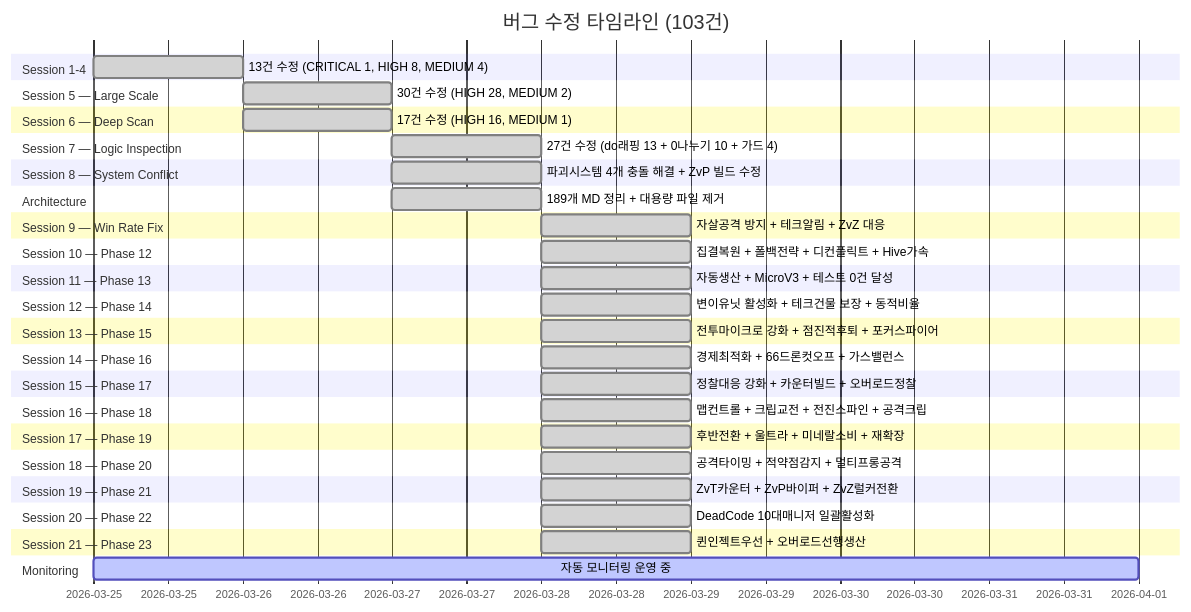
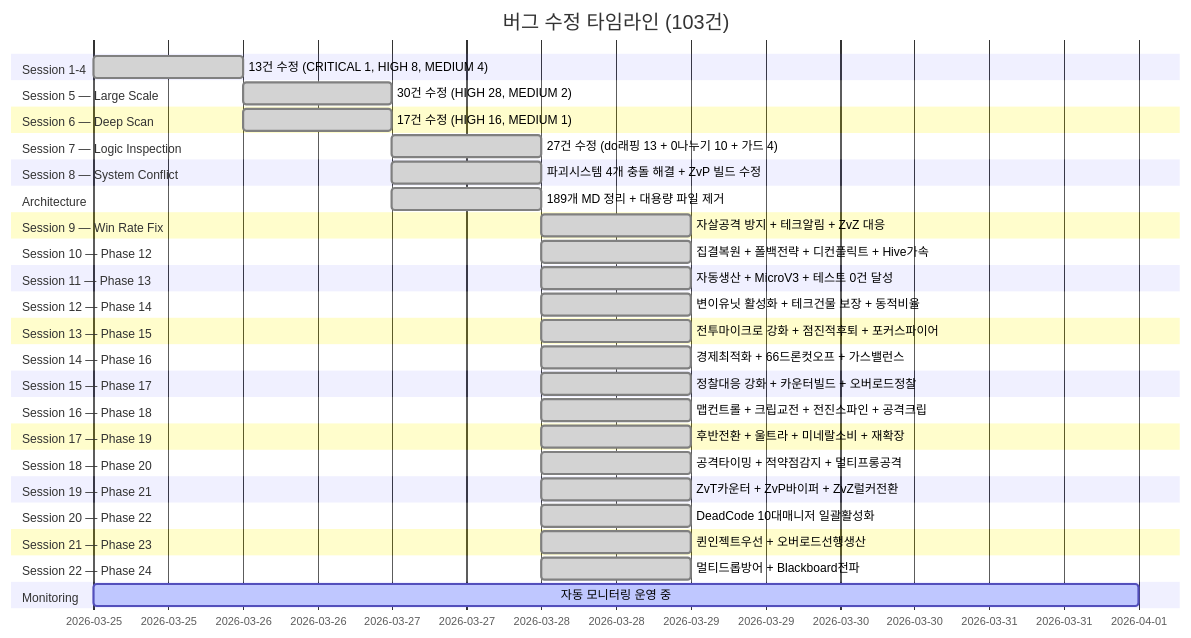
Diagram 23 of 31 in README.md (sun475300-sudo/Swarm-control-in-sc2bot), drawn with Mermaid before and after one commit. The commit also changed other lines of this file and 3 other files, not shown here.

Commit message:
feat: Phase 24 멀티드롭 방어 — 수송선감지+Blackboard전파+즉시차출대응

````diff
--- a/README.md
+++ b/README.md
@@ -633,45 +633,47 @@
 ```mermaid
 gantt
     title 버그 수정 타임라인 (103건)
     dateFormat YYYY-MM-DD
     section Session 1-4
         13건 수정 (CRITICAL 1, HIGH 8, MEDIUM 4)   :done, s1, 2026-03-25, 1d
     section Session 5 — Large Scale
         30건 수정 (HIGH 28, MEDIUM 2)              :done, s5, 2026-03-26, 1d
     section Session 6 — Deep Scan
         17건 수정 (HIGH 16, MEDIUM 1)              :done, s6, 2026-03-26, 1d
     section Session 7 — Logic Inspection
         27건 수정 (do래핑 13 + 0나누기 10 + 가드 4) :done, s7, 2026-03-27, 1d
     section Session 8 — System Conflict
         파괴시스템 4개 충돌 해결 + ZvP 빌드 수정    :done, s8, 2026-03-27, 1d
     section Architecture
         189개 MD 정리 + 대용량 파일 제거            :done, s9, 2026-03-27, 1d
     section Session 9 — Win Rate Fix
         자살공격 방지 + 테크알림 + ZvZ 대응         :done, s10, 2026-03-28, 1d
     section Session 10 — Phase 12
         집결복원 + 폴백전략 + 디컨플릭트 + Hive가속 :done, s11, 2026-03-28, 1d
     section Session 11 — Phase 13
         자동생산 + MicroV3 + 테스트 0건 달성       :done, s12, 2026-03-28, 1d
     section Session 12 — Phase 14
         변이유닛 활성화 + 테크건물 보장 + 동적비율  :done, s13, 2026-03-28, 1d
     section Session 13 — Phase 15
         전투마이크로 강화 + 점진적후퇴 + 포커스파이어 :done, s14, 2026-03-28, 1d
     section Session 14 — Phase 16
         경제최적화 + 66드론컷오프 + 가스밸런스     :done, s15, 2026-03-28, 1d
     section Session 15 — Phase 17
         정찰대응 강화 + 카운터빌드 + 오버로드정찰   :done, s16, 2026-03-28, 1d
     section Session 16 — Phase 18
         맵컨트롤 + 크립교전 + 전진스파인 + 공격크립 :done, s17, 2026-03-28, 1d
     section Session 17 — Phase 19
         후반전환 + 울트라 + 미네랄소비 + 재확장    :done, s18, 2026-03-28, 1d
     section Session 18 — Phase 20
         공격타이밍 + 적약점감지 + 멀티프롱공격     :done, s19, 2026-03-28, 1d
     section Session 19 — Phase 21
         ZvT카운터 + ZvP바이퍼 + ZvZ럴커전환      :done, s20, 2026-03-28, 1d
     section Session 20 — Phase 22
         DeadCode 10대매니저 일괄활성화            :done, s21, 2026-03-28, 1d
     section Session 21 — Phase 23
         퀸인젝트우선 + 오버로드선행생산          :done, s22, 2026-03-28, 1d
+    section Session 22 — Phase 24
+        멀티드롭방어 + Blackboard전파           :done, s23, 2026-03-28, 1d
     section Monitoring
         자동 모니터링 운영 중                        :active, mon, 2026-03-25, 7d
 ```
````
